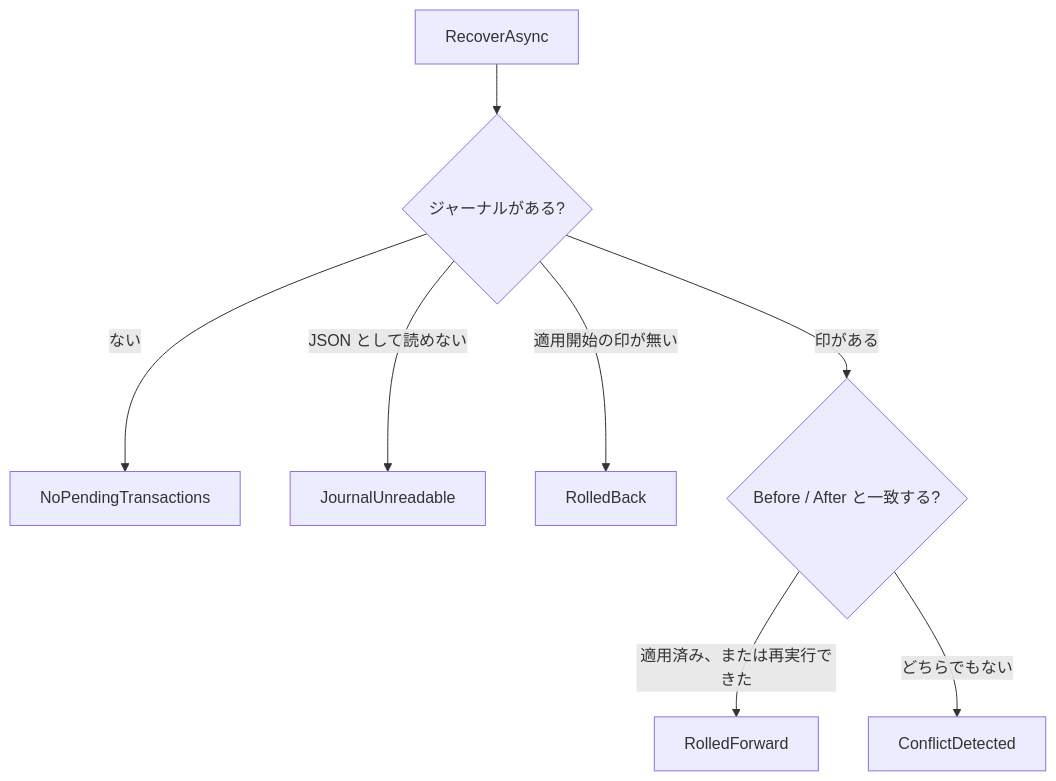
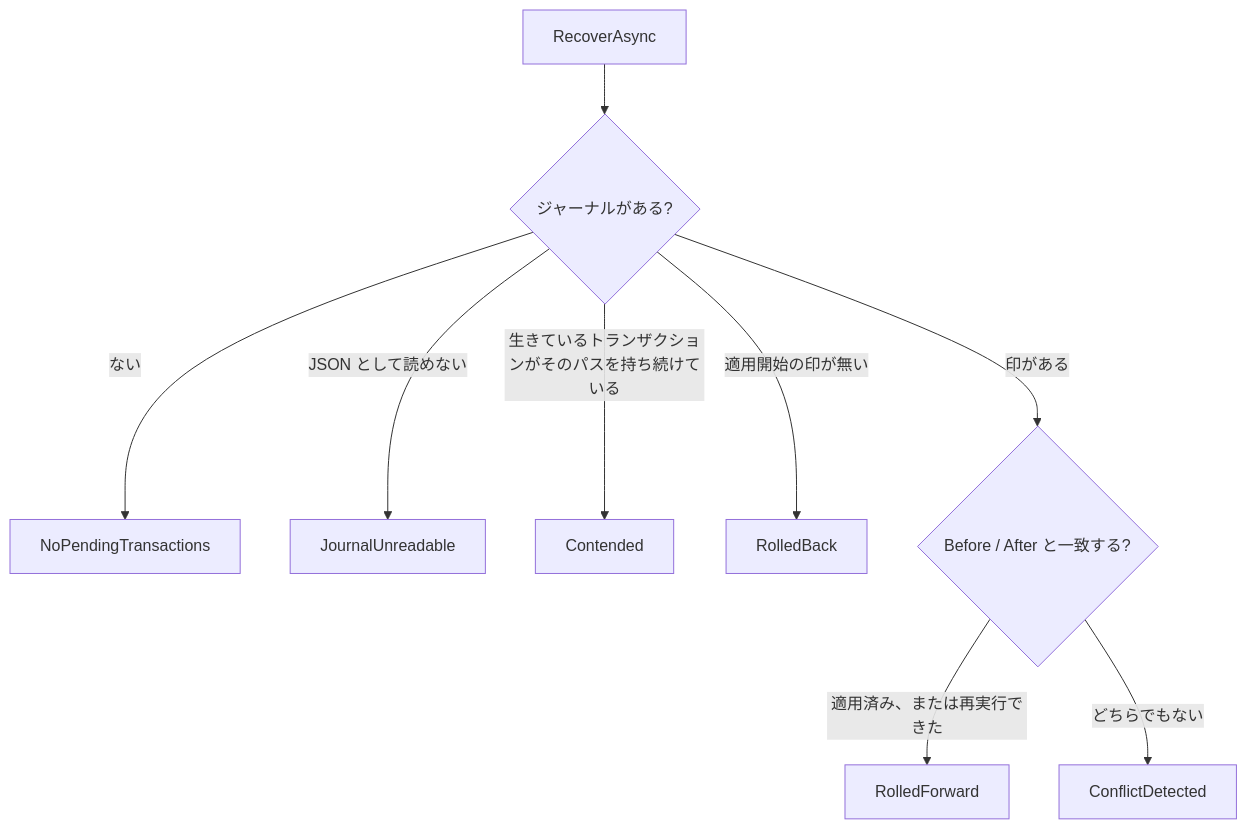
Before and after one commit to YUKIKEDA/Txfio: the second of 15 diagrams in README.ja.md, drawn with Mermaid. The commit also changed other lines of this file and 8 other files, not shown here.

````diff
--- a/README.ja.md
+++ b/README.ja.md
@@ -162,10 +162,11 @@
 ```mermaid
 flowchart TD
   call["RecoverAsync"] --> has{"ジャーナルがある?"}
   has -->|ない| none["NoPendingTransactions"]
   has -->|JSON として読めない| unreadable["JournalUnreadable"]
+  has -->|生きているトランザクションがそのパスを持ち続けている| contended["Contended"]
   has -->|適用開始の印が無い| back["RolledBack"]
   has -->|印がある| match{"Before / After と一致する?"}
   match -->|適用済み、または再実行できた| forward["RolledForward"]
   match -->|どちらでもない| conflict["ConflictDetected"]
 ```
````
